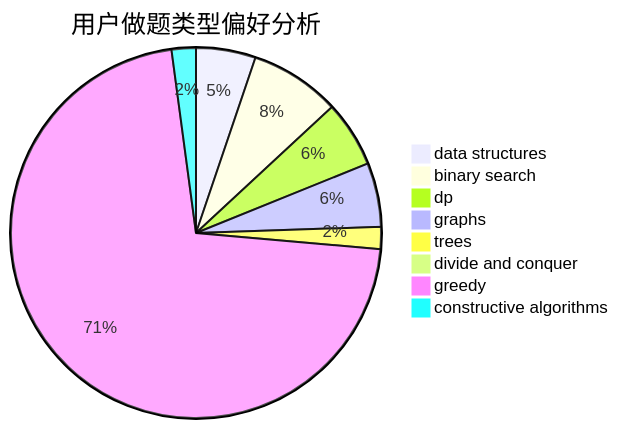
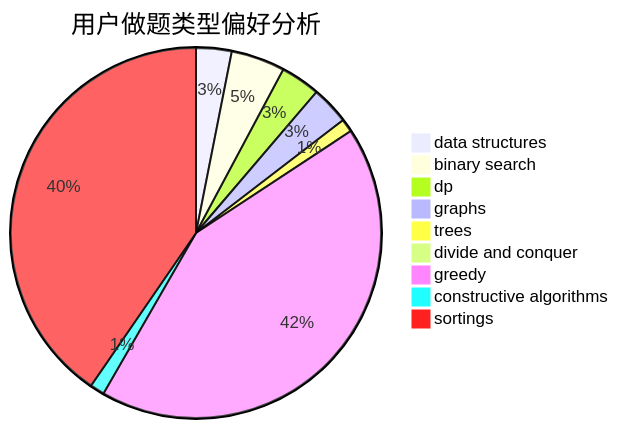
Before and after one commit to sherpahu/cfrs.github.io: the second of 3 diagrams in docs/user/u2236.md, drawn with Mermaid. The commit also changed other lines of this file and 2769 other files, not shown here.

````diff
--- a/docs/user/u2236.md
+++ b/docs/user/u2236.md
@@ -23,11 +18,12 @@
 ```mermaid
 pie title 用户做题类型偏好分析
     "data structures" :  27
     "binary search" :  41
     "dp" :  30
     "graphs" :  29
     "trees" :  10
     "divide and conquer" :  5
     "greedy" :  371
     "constructive algorithms" :  11
+    "sortings" :  352
 ```
````
